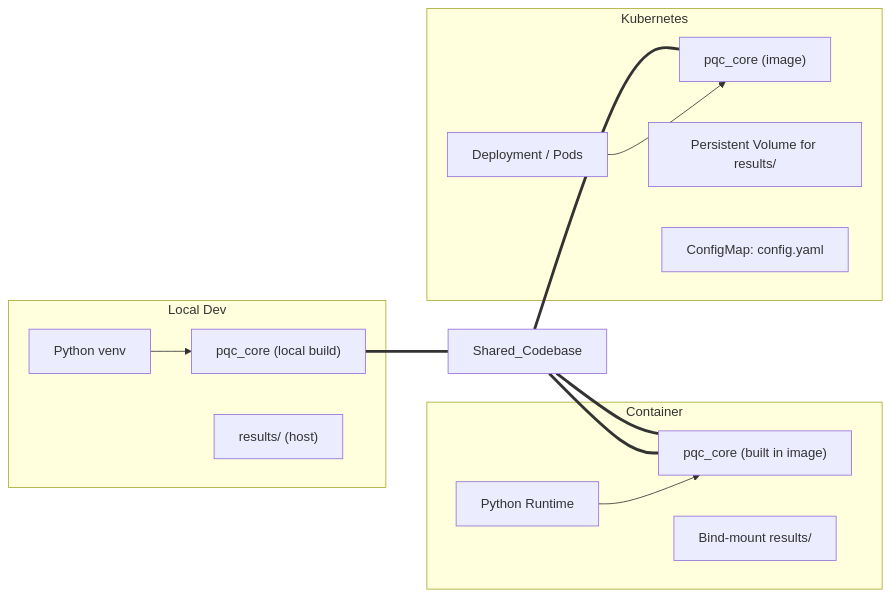
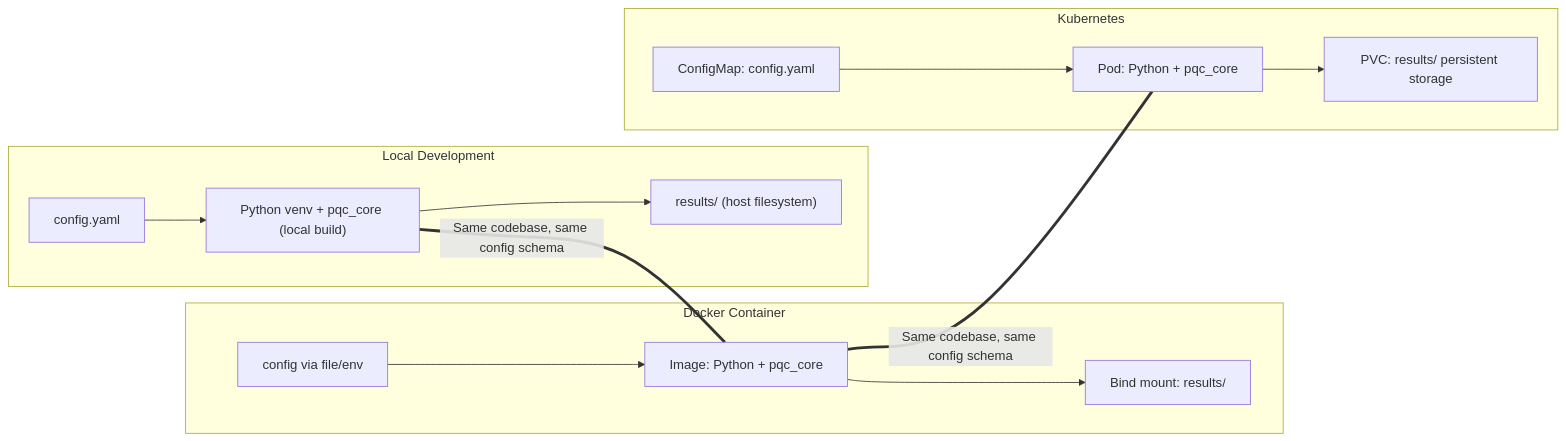
Before and after one commit to ausmarton/quantum-resilient: the second of 2 diagrams in docs/PROTOTYPE_IMPLEMENTATION.md, drawn with Mermaid. The commit also changed other lines of this file, not shown here.

Commit message:
Improve diagrams

````diff
--- a/docs/PROTOTYPE_IMPLEMENTATION.md
+++ b/docs/PROTOTYPE_IMPLEMENTATION.md
@@ -83,21 +94,30 @@
 ```mermaid
 flowchart LR
-    subgraph Local["Local Dev"]
-        VENV["Python venv"] --> CORE1["pqc_core (local build)"]
-        RESULTS1["results/ (host)"]
+    %% Environment portability
+    subgraph local["Local Development"]
+        venv["Python venv + pqc_core (local build)"]
+        cfgL["config.yaml"]
+        resL["results/ (host filesystem)"]
+        cfgL --> venv
+        venv --> resL
     end
 
-    subgraph Docker["Container"]
-        PYIMG["Python Runtime"] --> CORE2["pqc_core (built in image)"]
-        VOL["Bind‑mount results/"]
+    subgraph docker["Docker Container"]
+        img["Image: Python + pqc_core"]
+        cfgD["config via file/env"]
+        volD["Bind mount: results/"]
+        cfgD --> img
+        img --> volD
     end
 
-    subgraph K8s["Kubernetes"]
-        DEPLOY["Deployment / Pods"] --> CORE3["pqc_core (image)"]
-        PVC["Persistent Volume for results/"]
-        CM["ConfigMap: config.yaml"]
+    subgraph k8s["Kubernetes"]
+        pod["Pod: Python + pqc_core"]
+        cm["ConfigMap: config.yaml"]
+        pvc["PVC: results/ persistent storage"]
+        cm --> pod
+        pod --> pvc
     end
 
-    CORE1===Shared_Codebase===CORE2
-    CORE2===Shared_Codebase===CORE3
+    venv === |"Same codebase, same config schema"| img
+    img === |"Same codebase, same config schema"| pod
 ```
````
